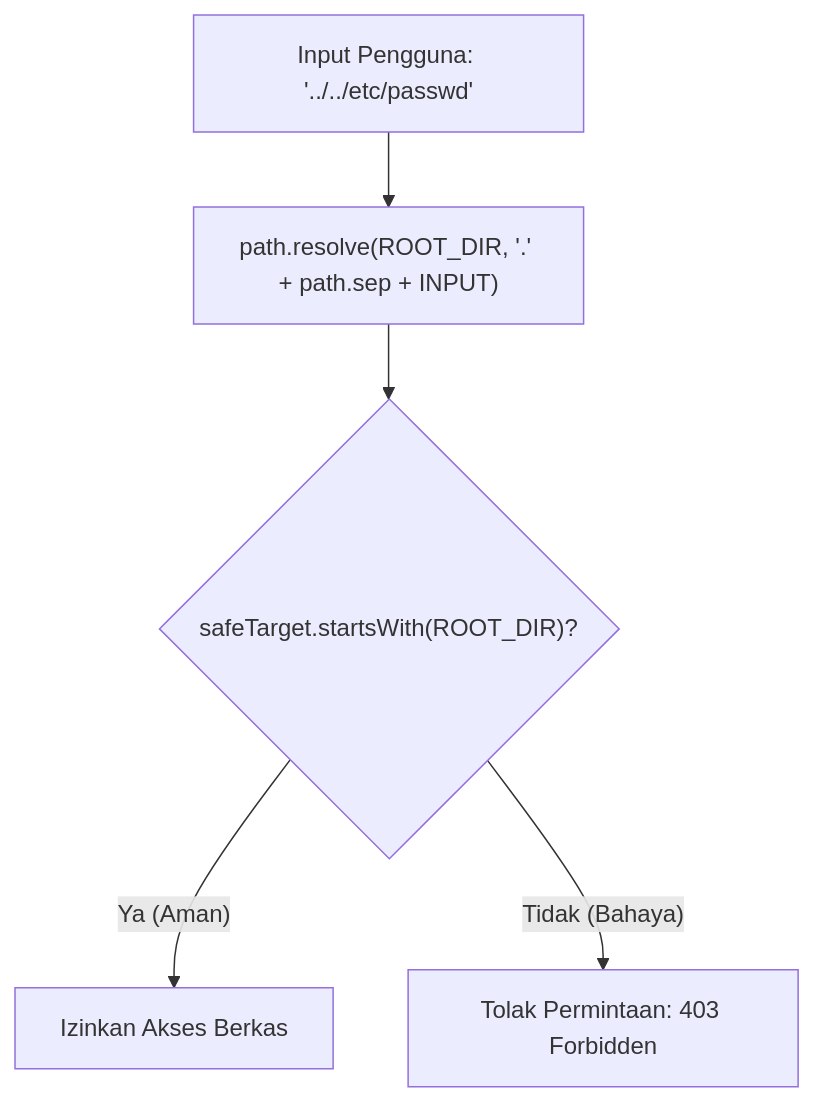
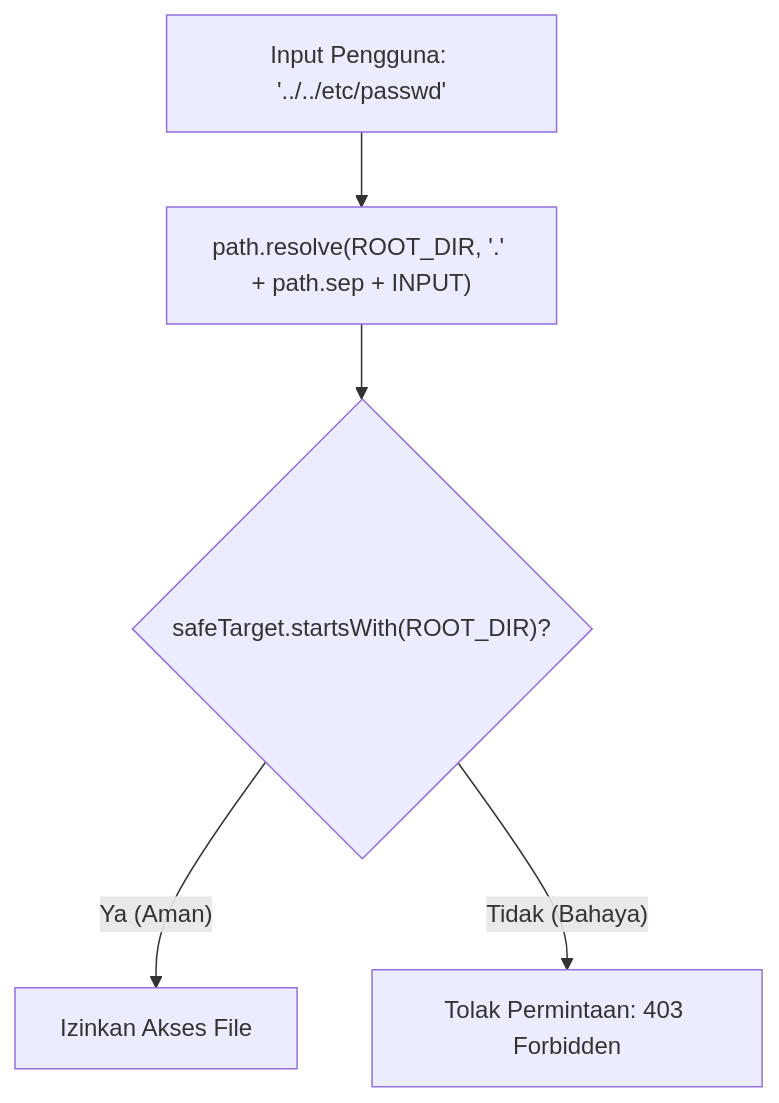
One commit to san4byte/nodejs-handbook changed the diagram in 01-core-modules/05-path/README.md. Above: the diagram before and after it, drawn with Mermaid. The commit also changed other lines of this file and 28 other files, not shown here.

````diff
--- a/01-core-modules/05-path/README.md
+++ b/01-core-modules/05-path/README.md
@@ -25,7 +25,7 @@
 ```mermaid
 flowchart TD
     INPUT["Input Pengguna: '../../etc/passwd'"] --> RESOLVE["path.resolve(ROOT_DIR, '.' + path.sep + INPUT)"]
     RESOLVE --> CHECK{"safeTarget.startsWith(ROOT_DIR)?"}
-    CHECK -- Ya (Aman) --> ALLOW["Izinkan Akses Berkas"]
+    CHECK -- Ya (Aman) --> ALLOW["Izinkan Akses File"]
     CHECK -- Tidak (Bahaya) --> BLOCK["Tolak Permintaan: 403 Forbidden"]
 ```
````
